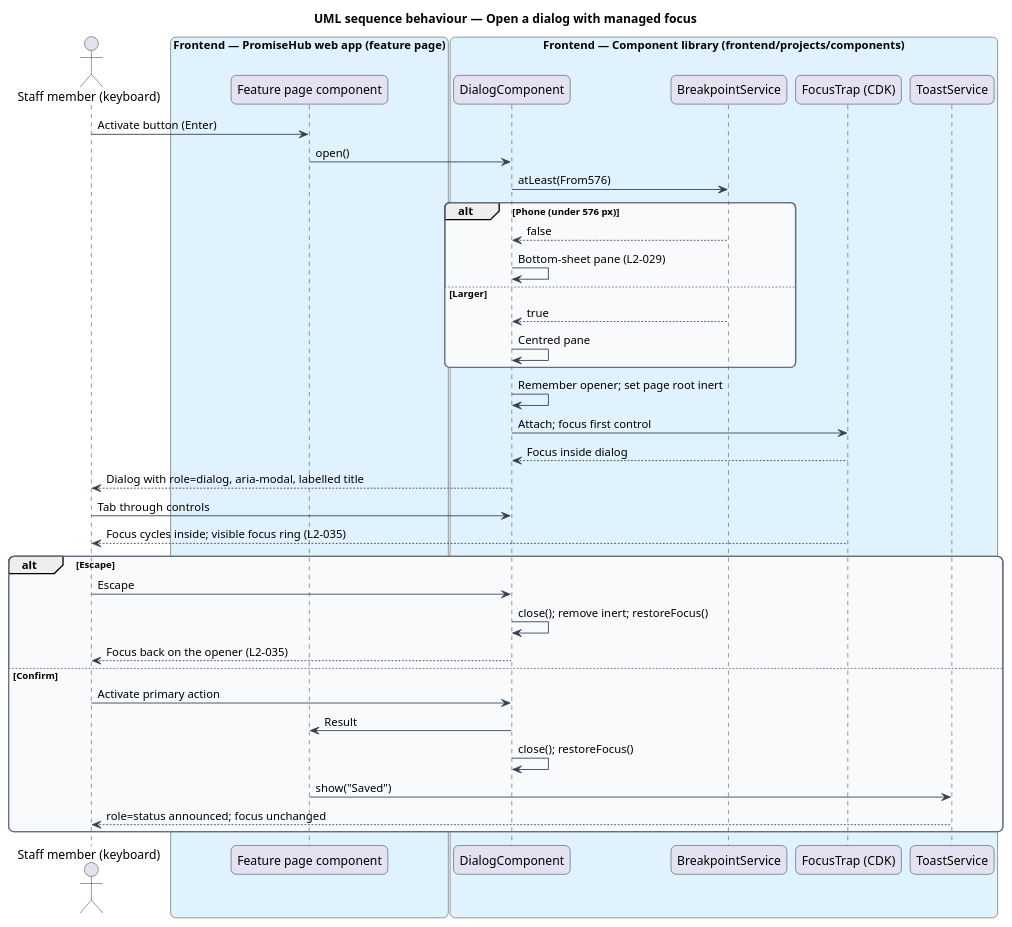
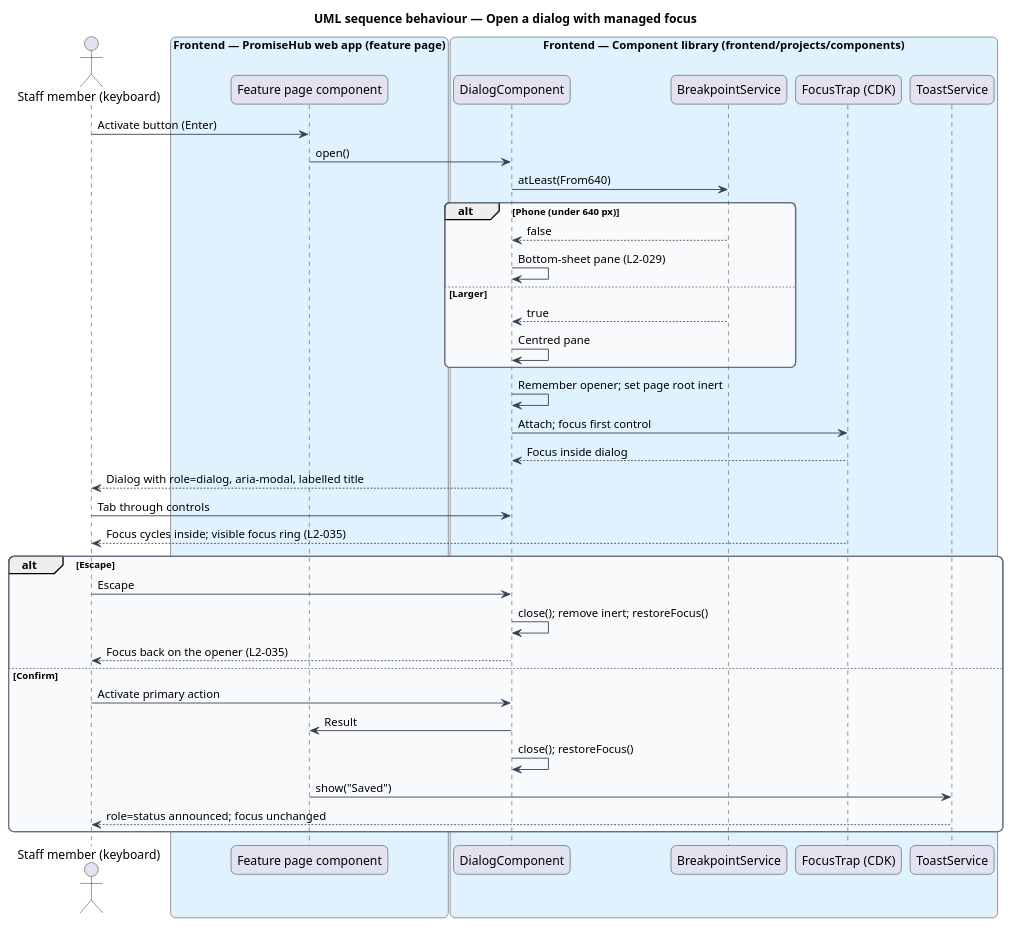
One commit to QuinntyneBrown/promise-hub changed the diagram in docs/detailed-designs/shell/render-responsive-accessible-ui/diagrams/sequence-dialog-focus.puml. Above: the diagram before and after it, drawn with PlantUML. The commit also changed 154 other files, not shown here.

```diff
--- a/docs/detailed-designs/shell/render-responsive-accessible-ui/diagrams/sequence-dialog-focus.puml
+++ b/docs/detailed-designs/shell/render-responsive-accessible-ui/diagrams/sequence-dialog-focus.puml
@@ -1,54 +1,54 @@
 @startuml
 title UML sequence behaviour — Open a dialog with managed focus
 skinparam backgroundColor #FFFFFF
 skinparam shadowing false
 skinparam roundcorner 12
 skinparam defaultFontName Arial
 skinparam ArrowColor #344054
 skinparam rectangle {
   BorderColor #344054
   FontColor #101828
 }
 skinparam package {
   BorderColor #667085
   FontColor #101828
   BackgroundColor #F9FAFB
 }
 actor "Staff member (keyboard)" as actor
 box "Frontend — PromiseHub web app (feature page)" #E0F2FE
   participant "Feature page component" as page
 end box
 box "Frontend — Component library (frontend/projects/components)" #E0F2FE
   participant "DialogComponent" as dialog
   participant "BreakpointService" as bp
   participant "FocusTrap (CDK)" as trap
   participant "ToastService" as toast
 end box
 actor -> page : Activate button (Enter)
 page -> dialog : open()
-dialog -> bp : atLeast(From576)
-alt Phone (under 576 px)
+dialog -> bp : atLeast(From640)
+alt Phone (under 640 px)
   bp --> dialog : false
   dialog -> dialog : Bottom-sheet pane (L2-029)
 else Larger
   bp --> dialog : true
   dialog -> dialog : Centred pane
 end
 dialog -> dialog : Remember opener; set page root inert
 dialog -> trap : Attach; focus first control
 trap --> dialog : Focus inside dialog
 dialog --> actor : Dialog with role=dialog, aria-modal, labelled title
 actor -> dialog : Tab through controls
 trap --> actor : Focus cycles inside; visible focus ring (L2-035)
 alt Escape
   actor -> dialog : Escape
   dialog -> dialog : close(); remove inert; restoreFocus()
   dialog --> actor : Focus back on the opener (L2-035)
 else Confirm
   actor -> dialog : Activate primary action
   dialog -> page : Result
   dialog -> dialog : close(); restoreFocus()
   page -> toast : show("Saved")
   toast --> actor : role=status announced; focus unchanged
 end
 @enduml
```
